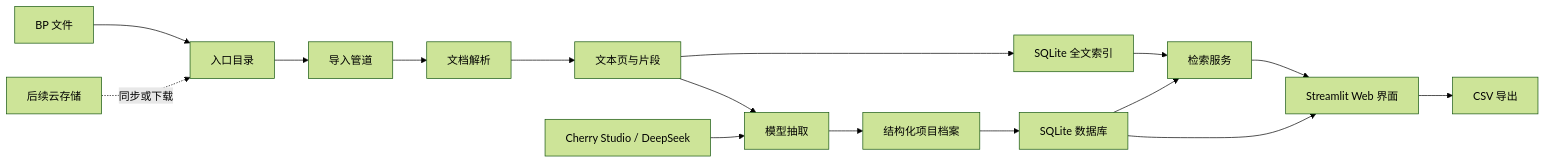
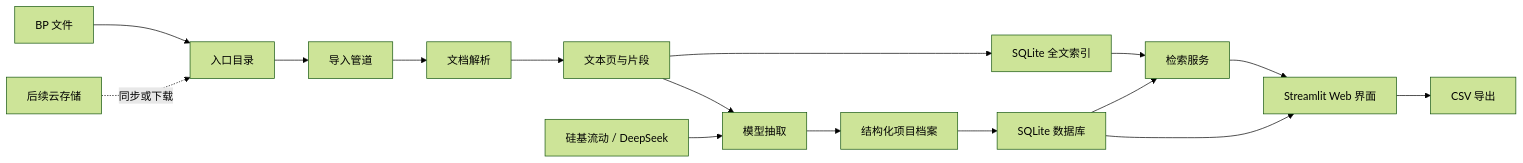
One commit to zfyaryan-wq/bp-screener changed the diagram in README.zh-CN.md. Above: the diagram before and after it, drawn with Mermaid (forest theme). The commit also changed other lines of this file and 49 other files, not shown here.

````diff
--- a/README.zh-CN.md
+++ b/README.zh-CN.md
@@ -25,19 +25,19 @@
 ```mermaid
 flowchart LR
     A[BP 文件] --> B[入口目录]
     B --> C[导入管道]
     C --> D[文档解析]
     D --> E[文本页与片段]
     E --> F[模型抽取]
     E --> G[SQLite 全文索引]
     F --> H[结构化项目档案]
     H --> I[SQLite 数据库]
     G --> J[检索服务]
     I --> J
     J --> K[Streamlit Web 界面]
     I --> K
     K --> L[CSV 导出]
 
-    M[Cherry Studio / DeepSeek] --> F
+    M[硅基流动 / DeepSeek] --> F
     N[后续云存储] -. 同步或下载 .-> B
 ```
````
